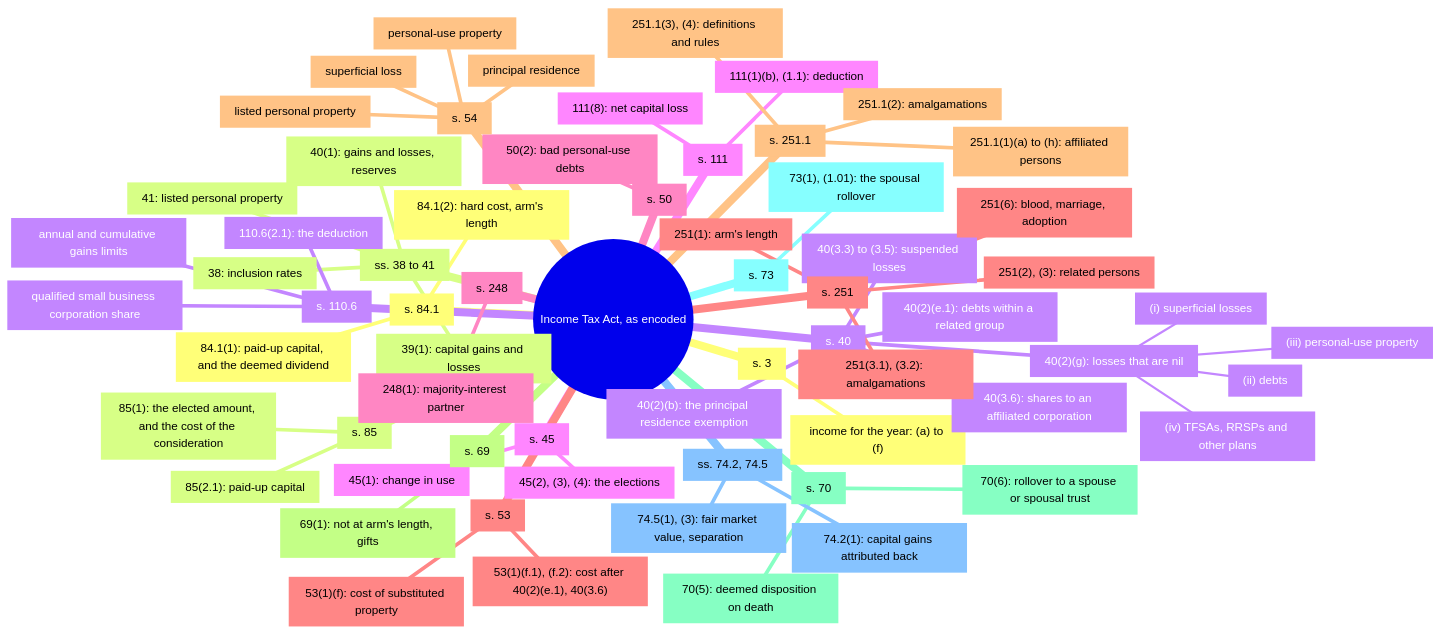
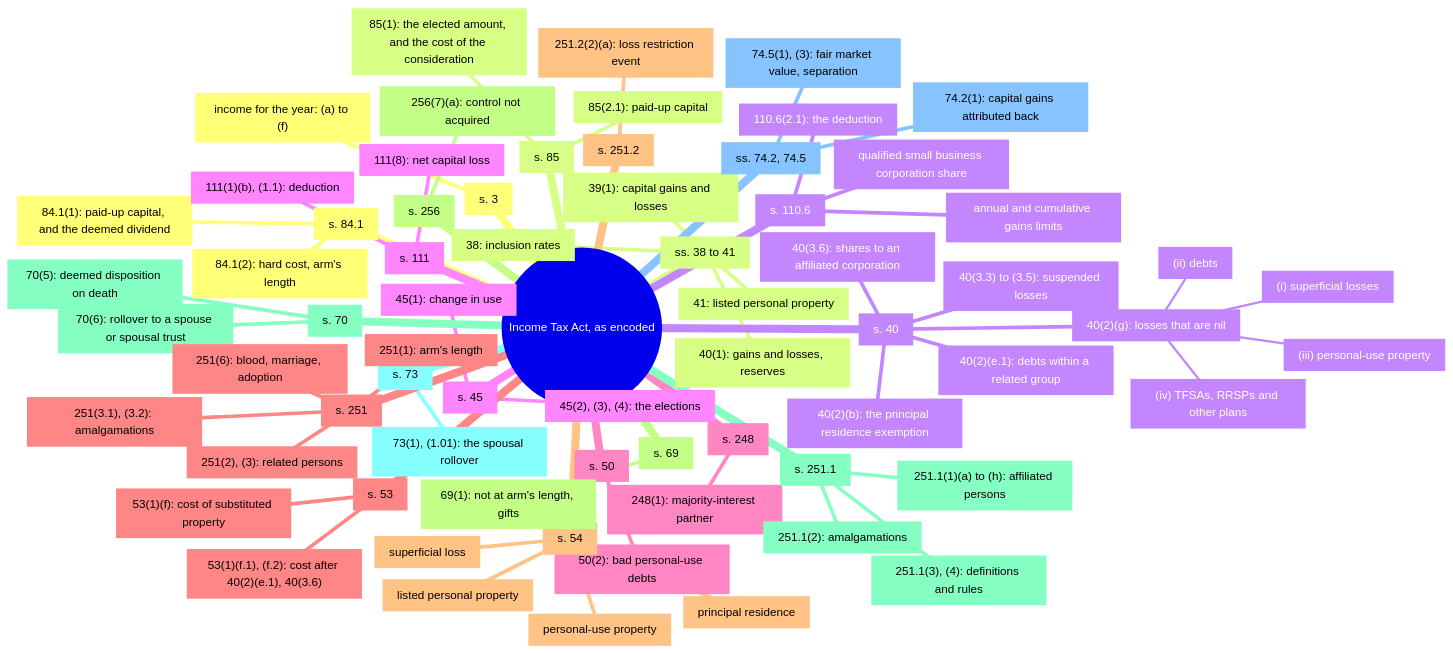
One commit to SeanWMurray/Canteen changed the fourth of 4 diagrams in docs/graphs/dashboard.md. Above: the diagram before and after it, drawn with Mermaid. The commit also changed other lines of this file and 16 other files, not shown here.

First line of the commit message:
Encode loss restriction events: 251.2(2)(a), with 256(7)(a)

````diff
--- a/docs/graphs/dashboard.md
+++ b/docs/graphs/dashboard.md
@@ -66,68 +66,72 @@
 ```mermaid
 mindmap
   root((Income Tax Act, as encoded))
     n0["`s. 3`"]
       n1["`income for the year: (a) to (f)`"]
     n2["`ss. 38 to 41`"]
       n3["`38: inclusion rates`"]
       n4["`39(1): capital gains and losses`"]
       n5["`40(1): gains and losses, reserves`"]
       n6["`41: listed personal property`"]
     n7["`s. 40`"]
       n8["`40(2)(b): the principal residence exemption`"]
       n9["`40(2)(g): losses that are nil`"]
         n10["`(i) superficial losses`"]
         n11["`(ii) debts`"]
         n12["`(iii) personal-use property`"]
         n13["`(iv) TFSAs, RRSPs and other plans`"]
       n14["`40(2)(e.1): debts within a related group`"]
       n15["`40(3.3) to (3.5): suspended losses`"]
       n16["`40(3.6): shares to an affiliated corporation`"]
     n17["`s. 45`"]
       n18["`45(1): change in use`"]
       n19["`45(2), (3), (4): the elections`"]
     n20["`s. 50`"]
       n21["`50(2): bad personal-use debts`"]
     n22["`s. 53`"]
       n23["`53(1)(f): cost of substituted property`"]
       n24["`53(1)(f.1), (f.2): cost after 40(2)(e.1), 40(3.6)`"]
     n25["`s. 54`"]
       n26["`superficial loss`"]
       n27["`principal residence`"]
       n28["`personal-use property`"]
       n29["`listed personal property`"]
     n30["`s. 69`"]
       n31["`69(1): not at arm's length, gifts`"]
     n32["`s. 70`"]
       n33["`70(5): deemed disposition on death`"]
       n34["`70(6): rollover to a spouse or spousal trust`"]
     n35["`s. 73`"]
       n36["`73(1), (1.01): the spousal rollover`"]
     n37["`ss. 74.2, 74.5`"]
       n38["`74.2(1): capital gains attributed back`"]
       n39["`74.5(1), (3): fair market value, separation`"]
     n40["`s. 84.1`"]
       n41["`84.1(1): paid-up capital, and the deemed dividend`"]
       n42["`84.1(2): hard cost, arm's length`"]
     n43["`s. 85`"]
       n44["`85(1): the elected amount, and the cost of the consideration`"]
       n45["`85(2.1): paid-up capital`"]
     n46["`s. 110.6`"]
       n47["`qualified small business corporation share`"]
       n48["`annual and cumulative gains limits`"]
       n49["`110.6(2.1): the deduction`"]
     n50["`s. 111`"]
       n51["`111(8): net capital loss`"]
       n52["`111(1)(b), (1.1): deduction`"]
     n53["`s. 248`"]
       n54["`248(1): majority-interest partner`"]
     n55["`s. 251`"]
       n56["`251(1): arm's length`"]
       n57["`251(2), (3): related persons`"]
       n58["`251(3.1), (3.2): amalgamations`"]
       n59["`251(6): blood, marriage, adoption`"]
-    n60["`s. 251.1`"]
-      n61["`251.1(1)(a) to (h): affiliated persons`"]
-      n62["`251.1(2): amalgamations`"]
-      n63["`251.1(3), (4): definitions and rules`"]
+    n60["`s. 251.2`"]
+      n61["`251.2(2)(a): loss restriction event`"]
+    n62["`s. 256`"]
+      n63["`256(7)(a): control not acquired`"]
+    n64["`s. 251.1`"]
+      n65["`251.1(1)(a) to (h): affiliated persons`"]
+      n66["`251.1(2): amalgamations`"]
+      n67["`251.1(3), (4): definitions and rules`"]
 ```
````
